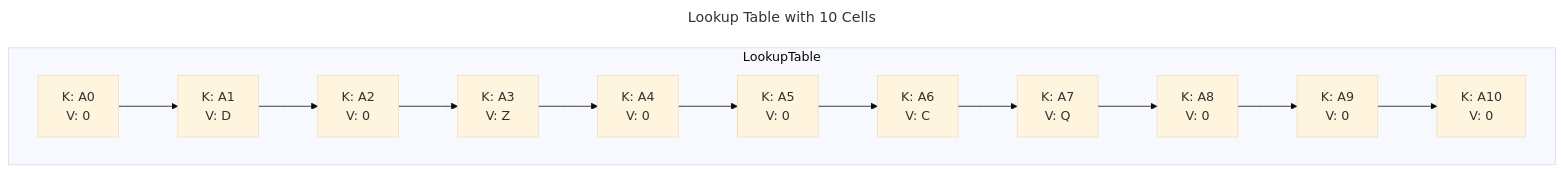
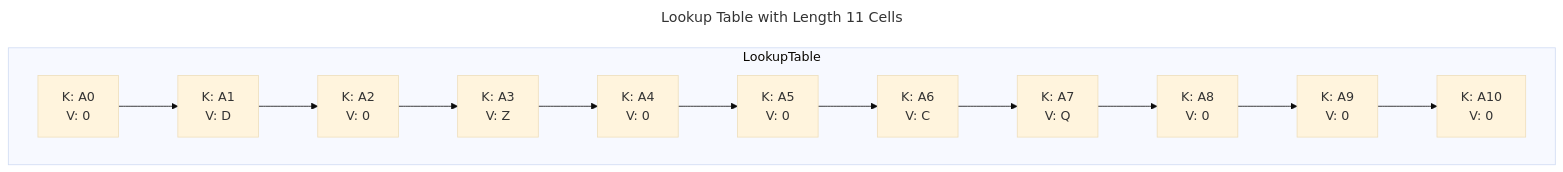
The second of 8 diagrams in DatiEAlgoritmi.md (giacomo1215/UNIPD-Giacomo), drawn with Mermaid (base theme) before and after one commit. The commit also changed other lines of this file, not shown here.

Commit message:
Add sections on hash tables and hash functions, including detailed explanations and diagrams

````diff
--- a/DatiEAlgoritmi.md
+++ b/DatiEAlgoritmi.md
@@ -104,54 +106,54 @@
 ```mermaid
 ---
-title: Lookup Table with 10 Cells
+title: Lookup Table with Length 11 Cells
 ---
 flowchart TD
     subgraph LookupTable
         direction LR
         A0[
             K: A0
             V: 0 
         ]
         A1[
             K: A1
             V: D 
         ]
         A2[
             K: A2
             V: 0
         ]
         A3[
             K: A3
             V: Z 
         ]
         A4[
             K: A4
             V: 0   
         ]
         A5[
             K: A5
             V: 0 
         ]
         A6[
             K: A6
             V: C 
         ]
         A7[
             K: A7
             V: Q 
         ]
         A8[
             K: A8
             V: 0 
         ]
         A9[
             K: A9
             V: 0 
         ]
         A10[
             K: A10
             V: 0
         ]
         A0 --> A1 --> A2 --> A3 --> A4 --> A5 --> A6 --> A7 --> A8 --> A9 --> A10
     end
 ```
````
